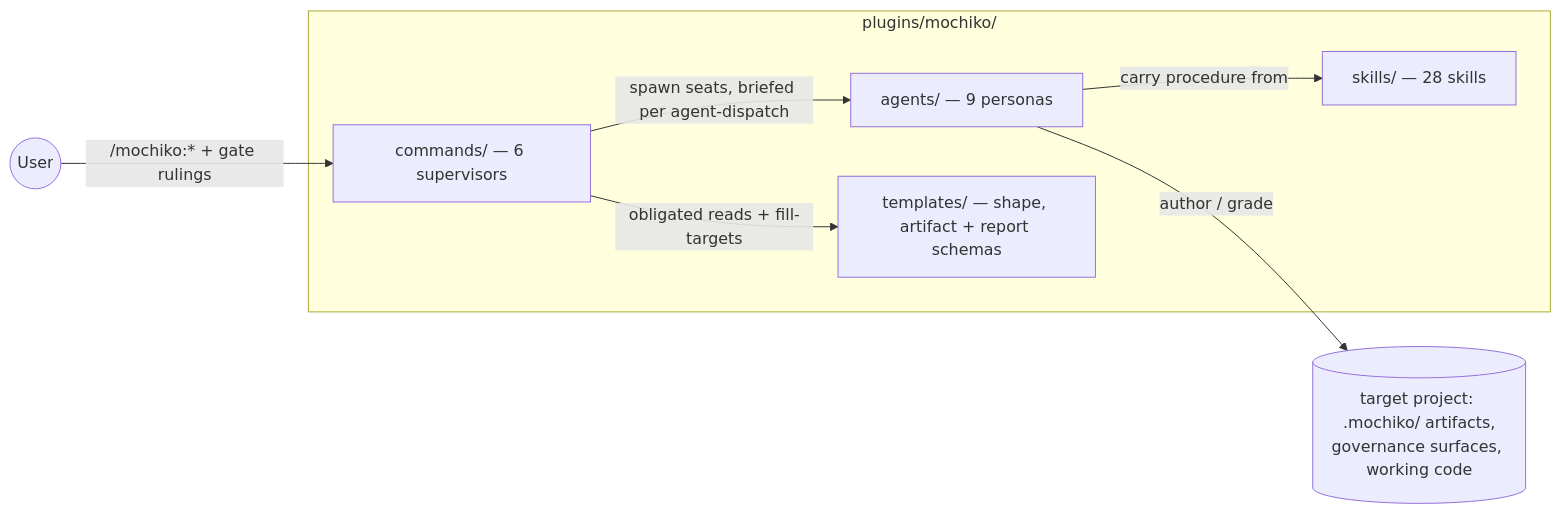
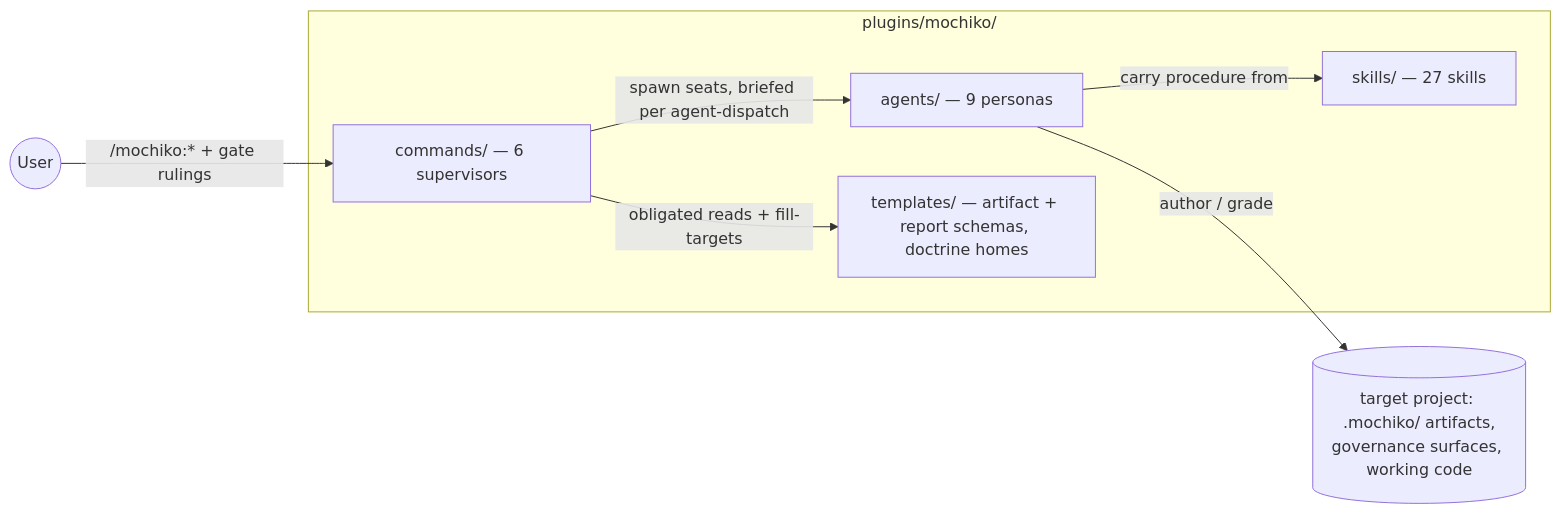
The first of 8 diagrams in ARCHITECTURE.md (humaninloop-dev/mochiko), drawn with Mermaid before and after one commit. The commit also changed other lines of this file and 56 other files, not shown here.

Commit message:
Doctrine purge wave 1: delete loop-discipline + command-shape, commands self-contained (v0.46.0)

````diff
--- a/ARCHITECTURE.md
+++ b/ARCHITECTURE.md
@@ -19,15 +19,15 @@
 ```mermaid
 flowchart LR
   user(("User"))
   user -->|"/mochiko:* + gate rulings"| commands
   subgraph plugin ["plugins/mochiko/"]
     commands["commands/ — 6 supervisors"]
     agents["agents/ — 9 personas"]
-    skills["skills/ — 28 skills"]
-    templates["templates/ — shape, artifact + report schemas"]
+    skills["skills/ — 27 skills"]
+    templates["templates/ — artifact + report schemas, doctrine homes"]
     commands -->|"spawn seats, briefed per agent-dispatch"| agents
     agents -->|"carry procedure from"| skills
     commands -->|"obligated reads + fill-targets"| templates
   end
   agents -->|"author / grade"| target[("target project: .mochiko/ artifacts,<br/>governance surfaces, working code")]
 ```
````
